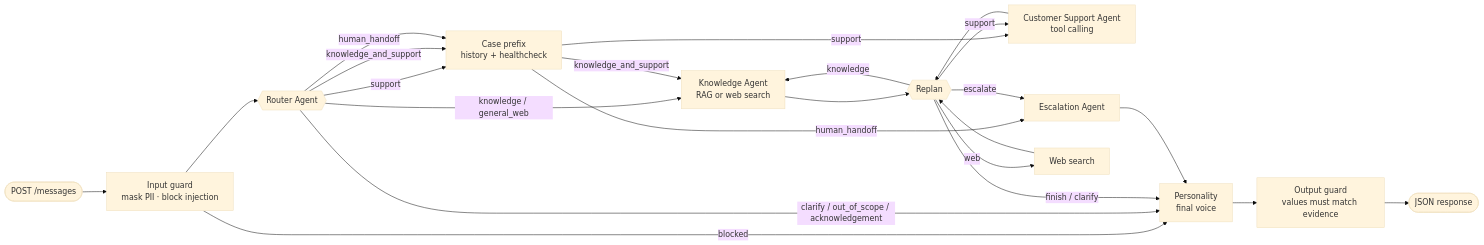
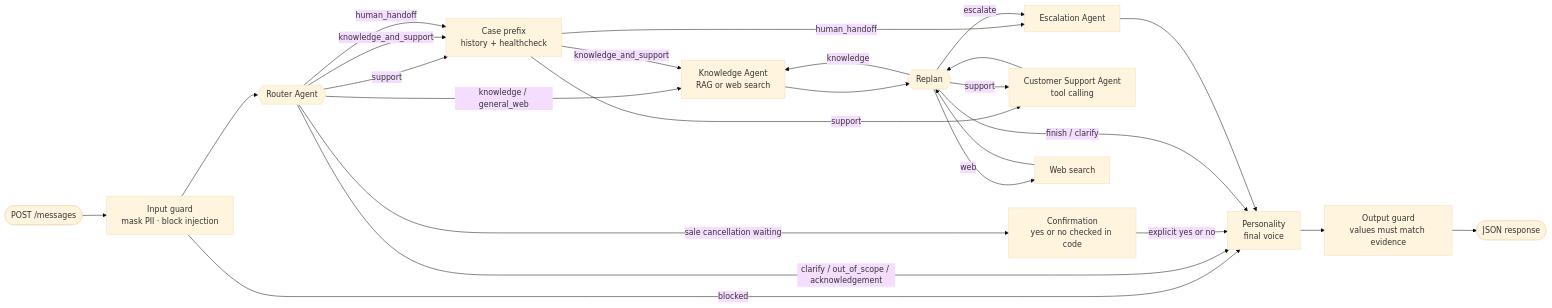
Before and after one commit to lauroPereira/ai-getnet-case: the diagram in README.md, drawn with Mermaid (base theme). The commit also changed other lines of this file and 69 other files, not shown here.

````diff
--- a/README.md
+++ b/README.md
@@ -159,24 +162,26 @@
 ```mermaid
 flowchart LR
     In([POST /messages]) --> G[Input guard<br/>mask PII · block injection]
     G -->|blocked| P
     G --> R{{Router Agent}}
     R -->|knowledge / general_web| K[Knowledge Agent<br/>RAG or web search]
     R -->|support| SP[Case prefix<br/>history + healthcheck]
     R -->|knowledge_and_support| SP
     R -->|human_handoff| SP
     R -->|clarify / out_of_scope / acknowledgement| P
+    R -->|sale cancellation waiting| C[Confirmation<br/>yes or no checked in code]
+    C -->|explicit yes or no| P
     SP -->|support| S[Customer Support Agent<br/>tool calling]
     SP -->|knowledge_and_support| K
     SP -->|human_handoff| E[Escalation Agent]
     K --> RP{{Replan}}
     W[Web search] --> RP
     S --> RP
     RP -->|knowledge| K
     RP -->|web| W
     RP -->|support| S
     RP -->|escalate| E
     RP -->|finish / clarify| P
     E --> P[Personality<br/>final voice]
     P --> O[Output guard<br/>values must match evidence] --> Out([JSON response])
 ```
````
